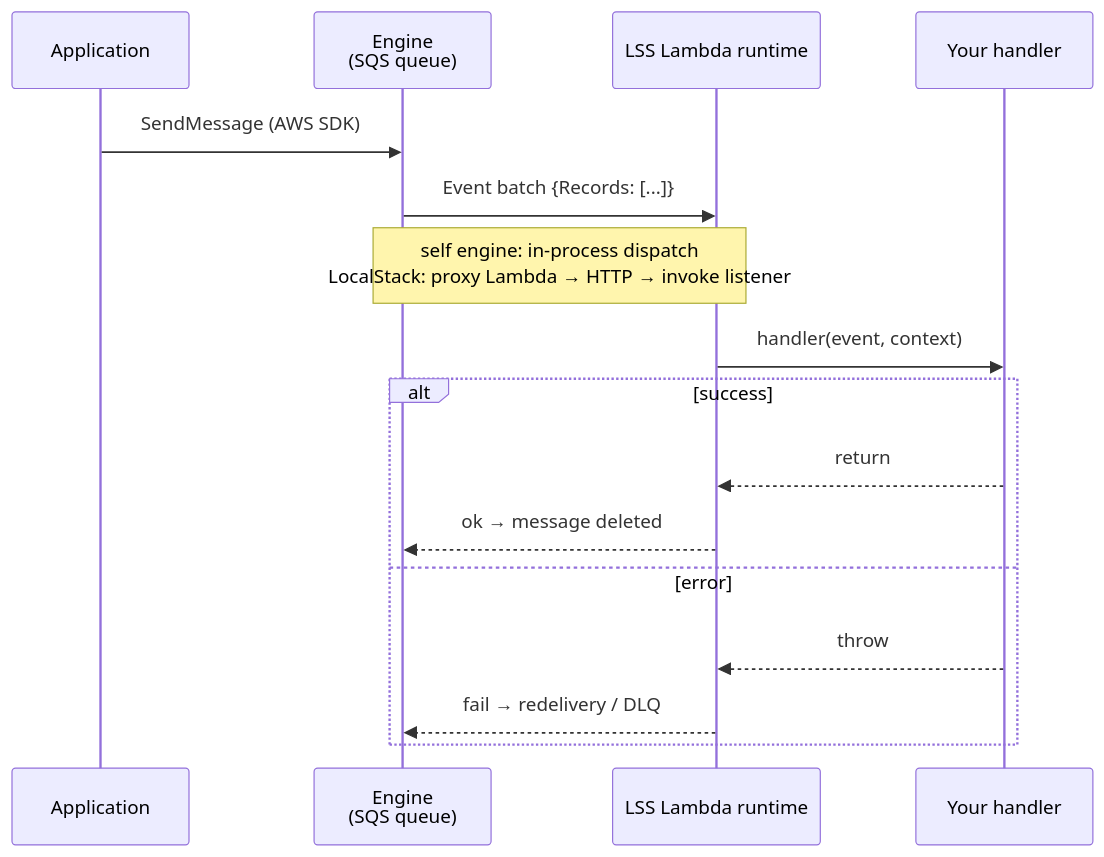
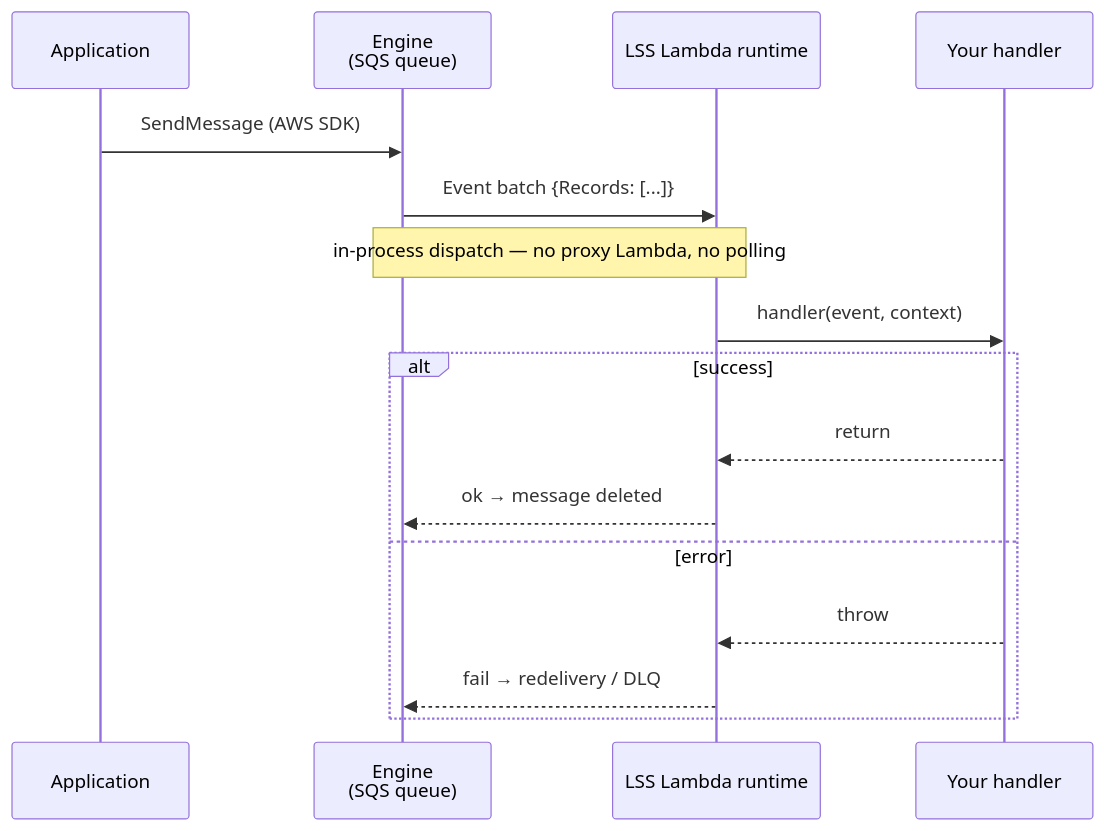
One commit to Viserion77/local-serverless-stack changed the fourth of 4 diagrams in README.md. Above: the diagram before and after it, drawn with Mermaid. The commit also changed other lines of this file and 294 other files, not shown here.

First line of the commit message:
feat!: v1.0.0 — the self engine is the only engine (#35)

````diff
--- a/README.md
+++ b/README.md
@@ -376,19 +1304,19 @@
 ```mermaid
 sequenceDiagram
     participant App as Application
     participant Eng as Engine<br/>(SQS queue)
     participant RT as LSS Lambda runtime
     participant H as Your handler
 
     App->>Eng: SendMessage (AWS SDK)
     Eng->>RT: Event batch {Records: [...]}
-    Note over Eng,RT: self engine: in-process dispatch<br/>LocalStack: proxy Lambda → HTTP → invoke listener
+    Note over Eng,RT: in-process dispatch — no proxy Lambda, no polling
     RT->>H: handler(event, context)
     alt success
         H-->>RT: return
         RT-->>Eng: ok → message deleted
     else error
         H-->>RT: throw
         RT-->>Eng: fail → redelivery / DLQ
     end
 ```
````
